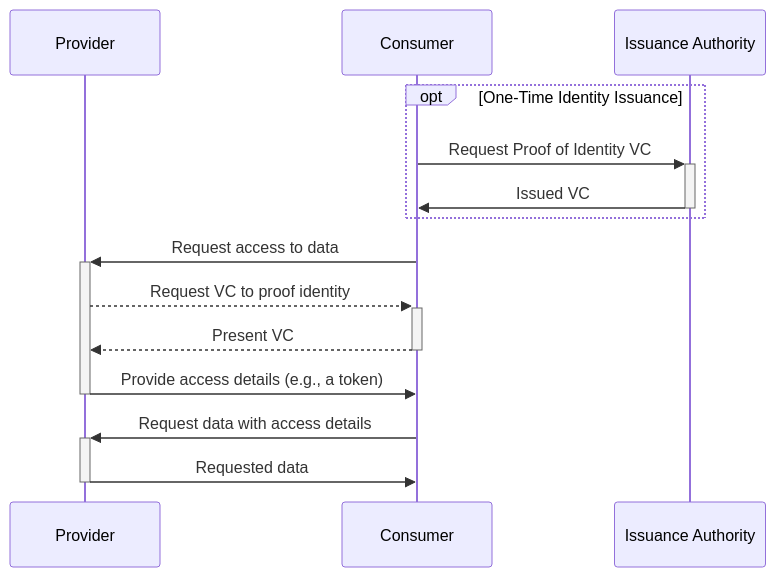
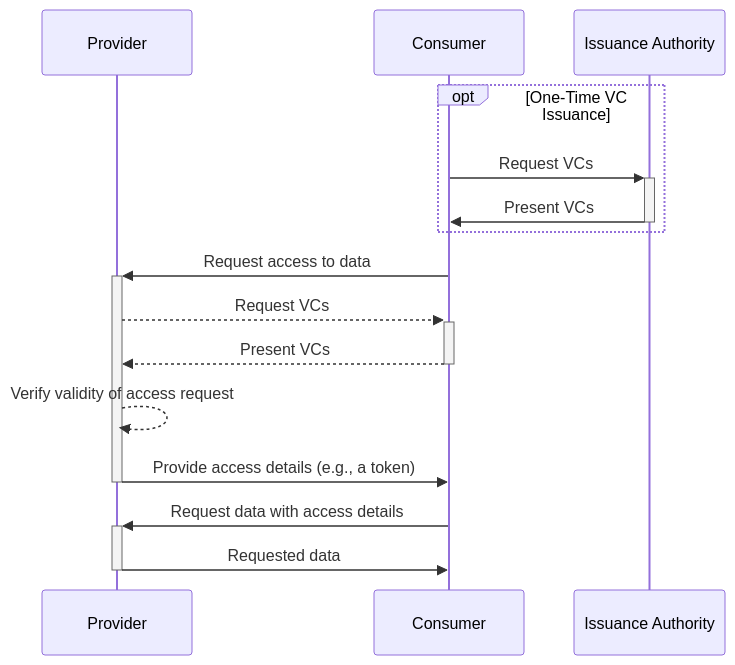
One commit to eclipse-tractusx/eclipse-tractusx.github.io changed the first of 2 diagrams in docs-kits/kits/connector-kit/adoption-view/adoption-view.md. Above: the diagram before and after it, drawn with Mermaid.

Commit message:
Adopt ssi diagram to correct usage of terms

````diff
--- a/docs-kits/kits/connector-kit/adoption-view/adoption-view.md
+++ b/docs-kits/kits/connector-kit/adoption-view/adoption-view.md
@@ -122,18 +122,19 @@
 ```mermaid
 sequenceDiagram
     participant P as Provider
     participant C as Consumer
     participant I as Issuance Authority
 
-    opt One-Time Identity Issuance
-        C->>+I: Request Proof of Identity VC
-        I->>-C: Issued VC
+    opt One-Time VC Issuance
+        C->>+I: Request VCs
+        I->>-C: Present VCs
     end
 
     C->>+P: Request access to data
-    P-->>+C: Request VC to proof identity
-    C-->>-P: Present VC
+    P-->>+C: Request VCs
+    C-->>-P: Present VCs
+    P-->>P: Verify validity of access request
     P->>-C: Provide access details (e.g., a token)
     C->>+P: Request data with access details
     P->>-C: Requested data
 ```
````
